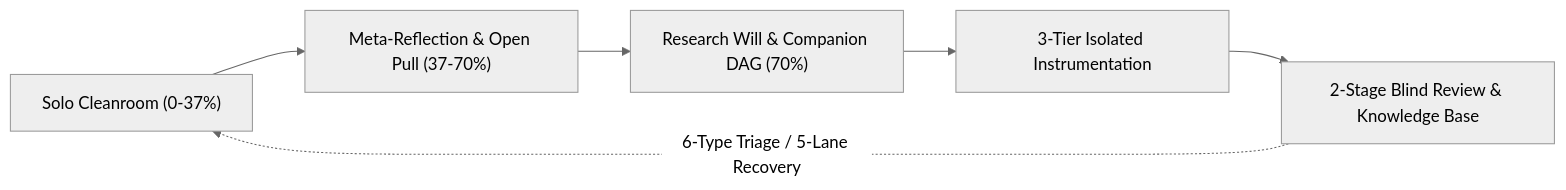
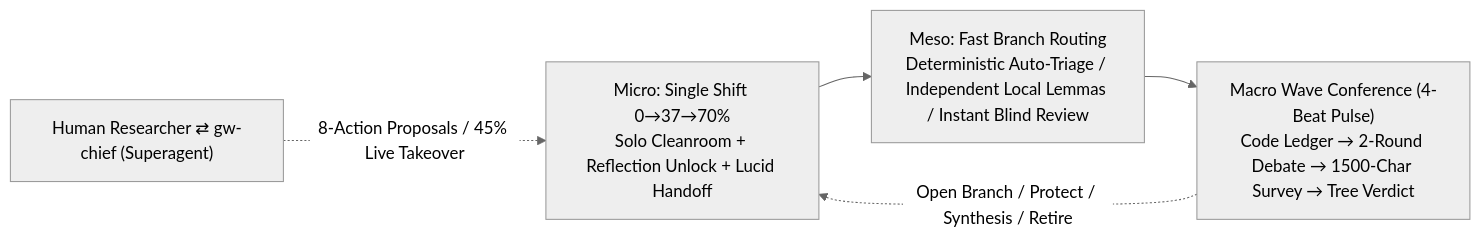
The diagram in README_EN.md (Qingzhu093/greatwall-agent), drawn with Mermaid (neutral theme) before and after one commit. The commit also changed other lines of this file and 2 other files, not shown here.

````diff
--- a/README_EN.md
+++ b/README_EN.md
@@ -36,8 +36,7 @@
 ```mermaid
 flowchart LR
-    A["Solo Cleanroom (0-37%)"] --> B["Meta-Reflection & Open Pull (37-70%)"]
-    B --> C["Research Will & Companion DAG (70%)"]
-    C --> D["3-Tier Isolated Instrumentation"]
-    D --> E["2-Stage Blind Review & Knowledge Base"]
-    E -. "6-Type Triage / 5-Lane Recovery" .-> A
+    H["Human Researcher ⇄ gw-chief (Superagent)"] -. "8-Action Proposals / 45% Live Takeover" .-> M1
+    M1["Micro: Single Shift 0→37→70%\nSolo Cleanroom + Reflection Unlock + Lucid Handoff"] --> M2["Meso: Fast Branch Routing\nDeterministic Auto-Triage / Independent Local Lemmas / Instant Blind Review"]
+    M2 --> M3["Macro Wave Conference (4-Beat Pulse)\nCode Ledger → 2-Round Debate → 1500-Char Survey → Tree Verdict"]
+    M3 -. "Open Branch / Protect / Synthesis / Retire" .-> M1
 ```
````
